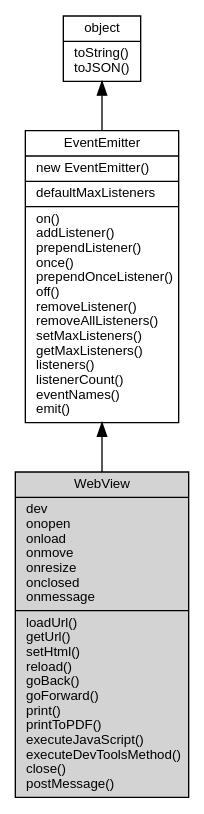
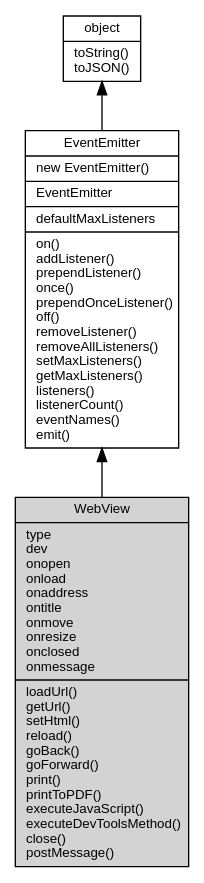
One commit to fibjs/fibjs.org changed the diagram in docs/manual/object/ifs/WebView.md. Above: the diagram before and after it, drawn with Graphviz. The commit also changed other lines of this file and 1813 other files, not shown here.

````diff
--- a/docs/manual/object/ifs/WebView.md
+++ b/docs/manual/object/ifs/WebView.md
@@ -56,12 +56,12 @@
 ```dot
 digraph {
     node [fontname="Helvetica,sans-Serif", fontsize=10, shape="record", style="filled", fillcolor="white"];
 
     object [tooltip="object", URL="object.md", label="{object|toString()\ltoJSON()\l}"];
-    EventEmitter [tooltip="EventEmitter", URL="EventEmitter.md", label="{EventEmitter|new EventEmitter()\l|defaultMaxListeners\l|on()\laddListener()\lprependListener()\lonce()\lprependOnceListener()\loff()\lremoveListener()\lremoveAllListeners()\lsetMaxListeners()\lgetMaxListeners()\llisteners()\llistenerCount()\leventNames()\lemit()\l}"];
-    WebView [tooltip="WebView", fillcolor="lightgray", id="me", label="{WebView|dev\lonopen\lonload\lonmove\lonresize\lonclosed\lonmessage\l|loadUrl()\lgetUrl()\lsetHtml()\lreload()\lgoBack()\lgoForward()\lprint()\lprintToPDF()\lexecuteJavaScript()\lexecuteDevToolsMethod()\lclose()\lpostMessage()\l}"];
+    EventEmitter [tooltip="EventEmitter", URL="EventEmitter.md", label="{EventEmitter|new EventEmitter()\l|EventEmitter\l|defaultMaxListeners\l|on()\laddListener()\lprependListener()\lonce()\lprependOnceListener()\loff()\lremoveListener()\lremoveAllListeners()\lsetMaxListeners()\lgetMaxListeners()\llisteners()\llistenerCount()\leventNames()\lemit()\l}"];
+    WebView [tooltip="WebView", fillcolor="lightgray", id="me", label="{WebView|type\ldev\lonopen\lonload\lonaddress\lontitle\lonmove\lonresize\lonclosed\lonmessage\l|loadUrl()\lgetUrl()\lsetHtml()\lreload()\lgoBack()\lgoForward()\lprint()\lprintToPDF()\lexecuteJavaScript()\lexecuteDevToolsMethod()\lclose()\lpostMessage()\l}"];
 
     object -> EventEmitter [dir=back];
     EventEmitter -> WebView [dir=back];
 }
 ```
````
